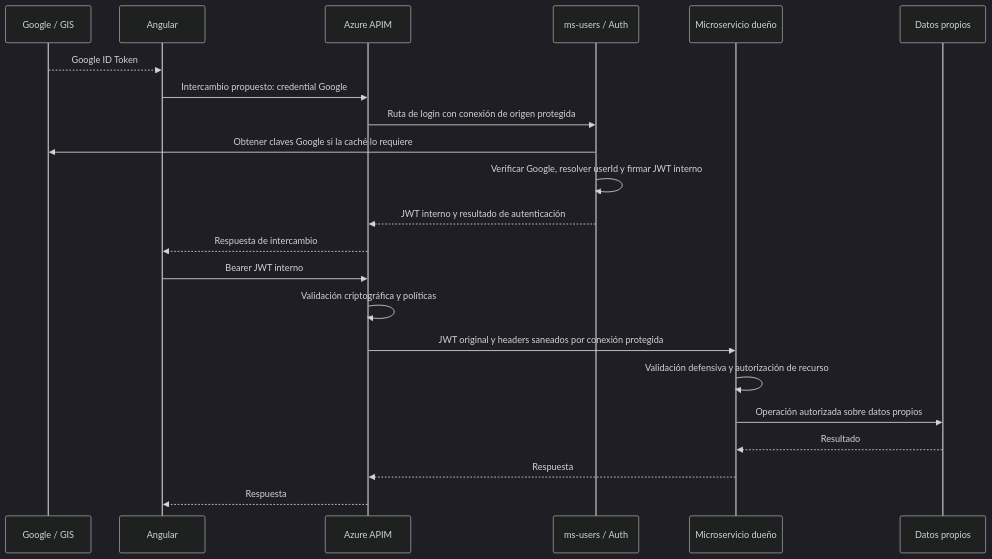
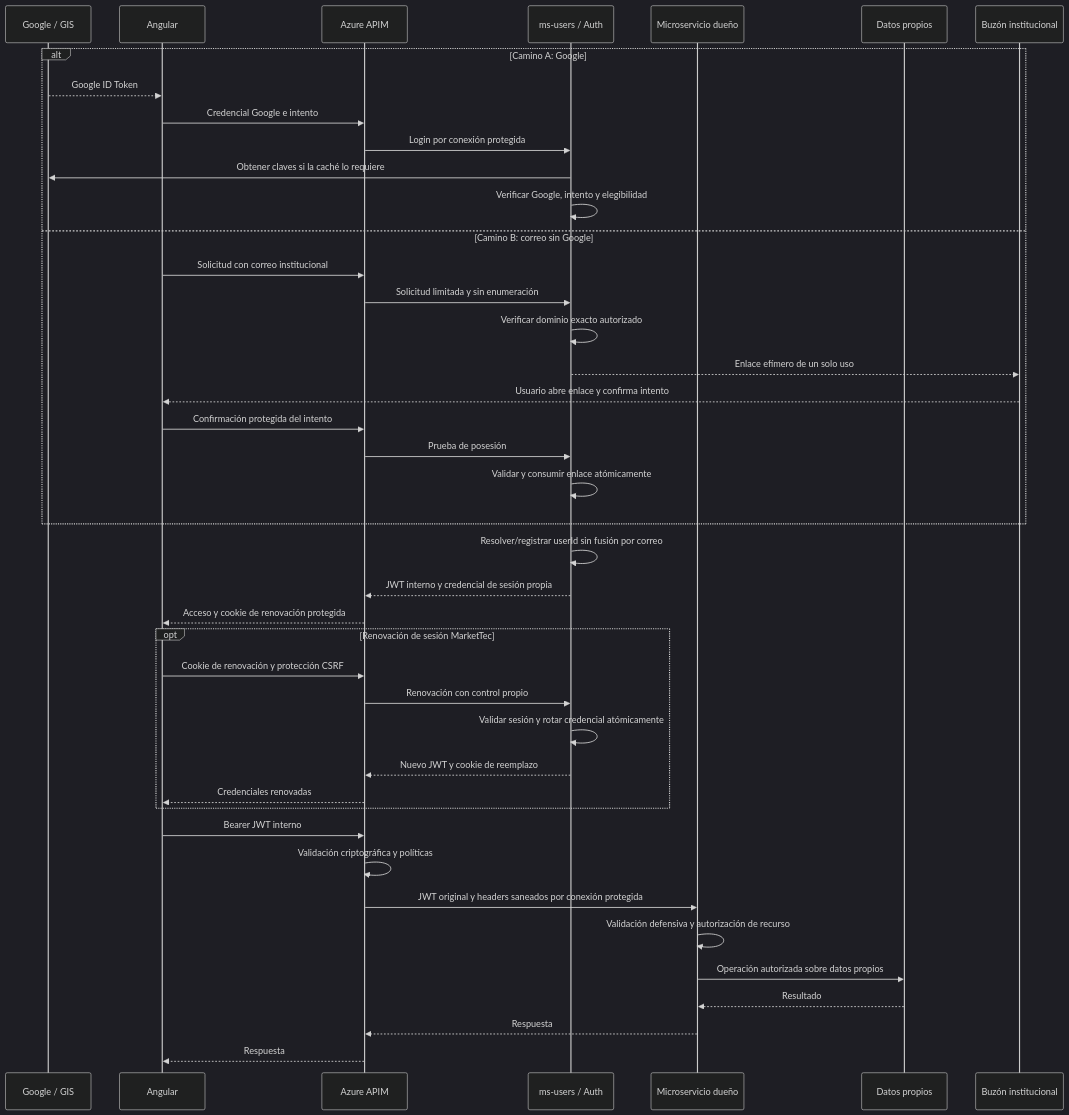
The diagram in context/decisions/ADR-004-seguridad-autenticacion.md (a-calderon-org/market_tec), drawn with Mermaid (dark theme) before and after one commit. The commit also changed other lines of this file and 1 other file, not shown here.

Commit message:
docs(auth): establish authentication architecture baseline

````diff
--- a/context/decisions/ADR-004-seguridad-autenticacion.md
+++ b/context/decisions/ADR-004-seguridad-autenticacion.md
@@ -144,24 +243,44 @@
 ```mermaid
 sequenceDiagram
     participant G as Google / GIS
     participant A as Angular
     participant P as Azure APIM
     participant U as ms-users / Auth
     participant M as Microservicio dueño
     participant D as Datos propios
-    G-->>A: Google ID Token
-    A->>P: Intercambio propuesto: credential Google
-    P->>U: Ruta de login con conexión de origen protegida
-    U->>G: Obtener claves Google si la caché lo requiere
-    U->>U: Verificar Google, resolver userId y firmar JWT interno
-    U-->>P: JWT interno y resultado de autenticación
-    P-->>A: Respuesta de intercambio
+    participant B as Buzón institucional
+    alt Camino A: Google
+        G-->>A: Google ID Token
+        A->>P: Credencial Google e intento
+        P->>U: Login por conexión protegida
+        U->>G: Obtener claves si la caché lo requiere
+        U->>U: Verificar Google, intento y elegibilidad
+    else Camino B: correo sin Google
+        A->>P: Solicitud con correo institucional
+        P->>U: Solicitud limitada y sin enumeración
+        U->>U: Verificar dominio exacto autorizado
+        U-->>B: Enlace efímero de un solo uso
+        B-->>A: Usuario abre enlace y confirma intento
+        A->>P: Confirmación protegida del intento
+        P->>U: Prueba de posesión
+        U->>U: Validar y consumir enlace atómicamente
+    end
+    U->>U: Resolver/registrar userId sin fusión por correo
+    U-->>P: JWT interno y credencial de sesión propia
+    P-->>A: Acceso y cookie de renovación protegida
+    opt Renovación de sesión MarketTec
+        A->>P: Cookie de renovación y protección CSRF
+        P->>U: Renovación con control propio
+        U->>U: Validar sesión y rotar credencial atómicamente
+        U-->>P: Nuevo JWT y cookie de reemplazo
+        P-->>A: Credenciales renovadas
+    end
     A->>P: Bearer JWT interno
     P->>P: Validación criptográfica y políticas
     P->>M: JWT original y headers saneados por conexión protegida
     M->>M: Validación defensiva y autorización de recurso
     M->>D: Operación autorizada sobre datos propios
     D-->>M: Resultado
     M-->>P: Respuesta
     P-->>A: Respuesta
 ```
````
